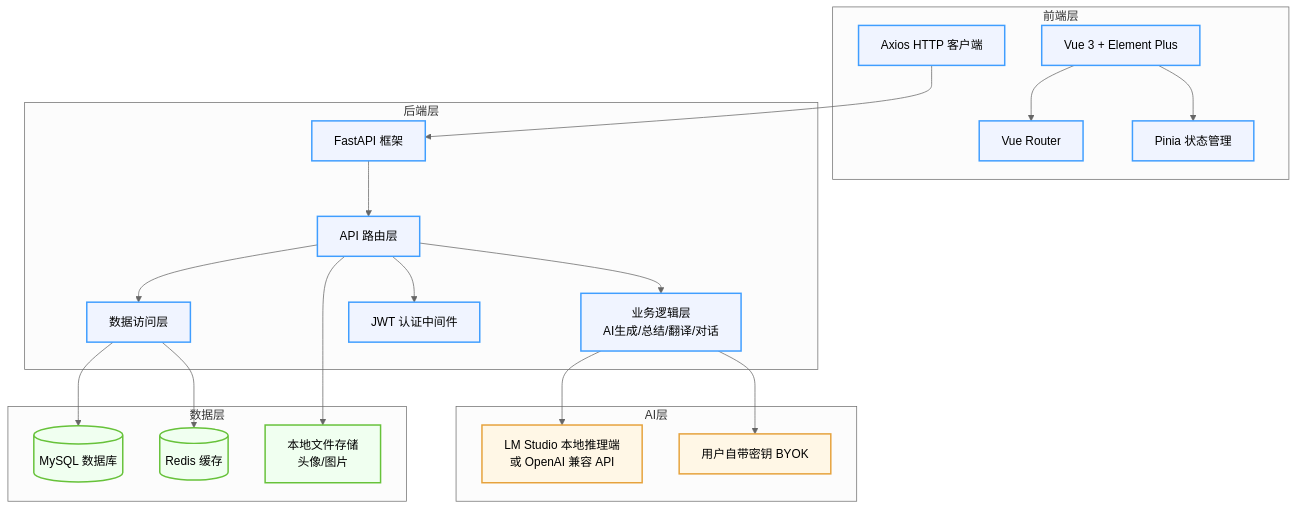
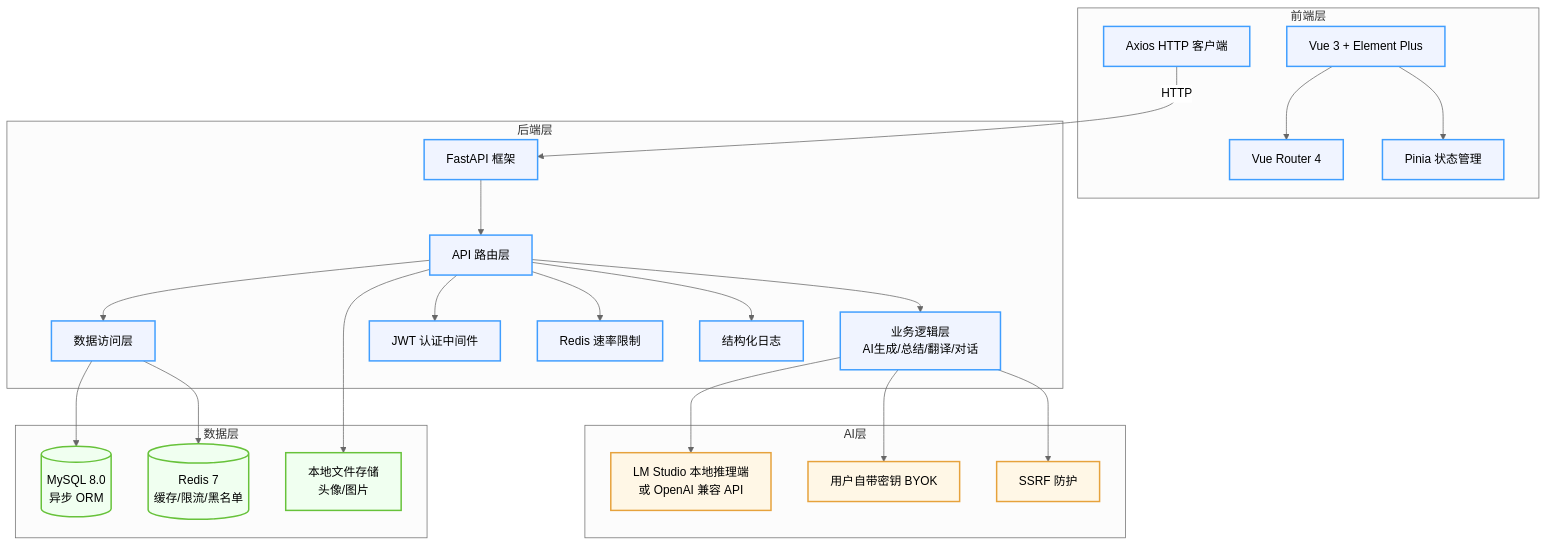
The first of 2 diagrams in docs/architecture.md (pmlpl/note-takingAssistant), drawn with Mermaid (neutral theme) before and after one commit. The commit also changed other lines of this file and 48 other files, not shown here.

First line of the commit message:
feat(v1.1.0): 知识图谱 + GitHub OAuth + 邮箱验证码登录 + 账号绑定管理

````diff
--- a/docs/architecture.md
+++ b/docs/architecture.md
@@ -3,51 +5,57 @@
 ```mermaid
 graph TB
     subgraph 前端层
         Vue3[Vue 3 + Element Plus]
-        Router[Vue Router]
+        Router[Vue Router 4]
         Pinia[Pinia 状态管理]
         Axios[Axios HTTP 客户端]
     end
 
     subgraph 后端层
         FastAPI[FastAPI 框架]
         RouterAPI[API 路由层]
         Service[业务逻辑层<br/>AI生成/总结/翻译/对话]
         CRUD[数据访问层]
         Auth[JWT 认证中间件]
+        RateLimit[Redis 速率限制]
+        Logger[结构化日志]
     end
 
     subgraph AI层
         LMStudio[LM Studio 本地推理端<br/>或 OpenAI 兼容 API]
         BYOK[用户自带密钥 BYOK]
+        SSRF[SSRF 防护]
     end
 
     subgraph 数据层
-        MySQL[(MySQL 数据库)]
-        Redis[(Redis 缓存)]
+        MySQL[(MySQL 8.0<br/>异步 ORM)]
+        Redis[(Redis 7<br/>缓存/限流/黑名单)]
         Uploads[本地文件存储<br/>头像/图片]
     end
 
-    Axios --> FastAPI
+    Axios -->|HTTP| FastAPI
     Vue3 --> Router
     Vue3 --> Pinia
 
     FastAPI --> RouterAPI
     RouterAPI --> Auth
+    RouterAPI --> RateLimit
     RouterAPI --> Service
     RouterAPI --> CRUD
+    RouterAPI --> Logger
     Service --> LMStudio
+    Service --> SSRF
     Service --> BYOK
     CRUD --> MySQL
     CRUD --> Redis
     RouterAPI --> Uploads
 
     classDef layer fill:#f0f4ff,stroke:#409eff,stroke-width:2px
     classDef data fill:#f0fff0,stroke:#67c23a,stroke-width:2px
     classDef ai fill:#fff7e6,stroke:#e6a23c,stroke-width:2px
 
     class Vue3,Router,Pinia,Axios layer
-    class FastAPI,RouterAPI,Service,CRUD,Auth layer
+    class FastAPI,RouterAPI,Service,CRUD,Auth,RateLimit,Logger layer
     class MySQL,Redis,Uploads data
-    class LMStudio,BYOK ai
+    class LMStudio,BYOK,SSRF ai
 ```
````
